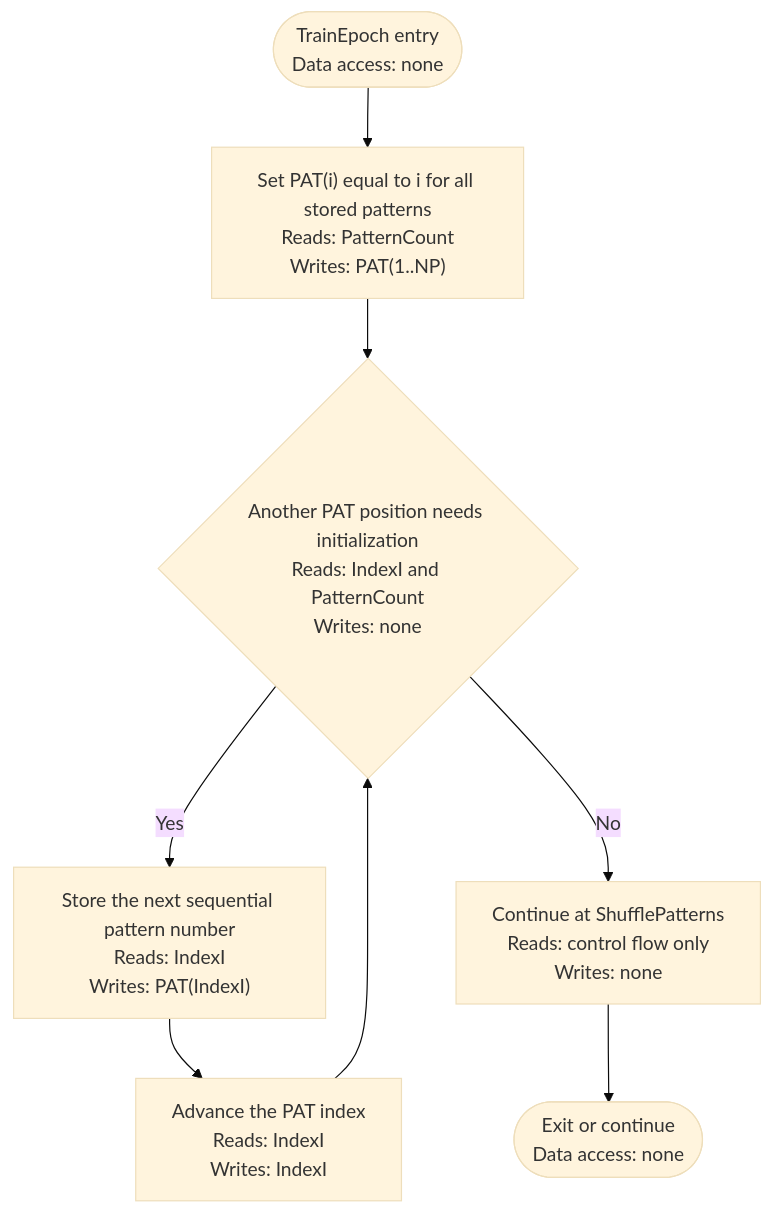
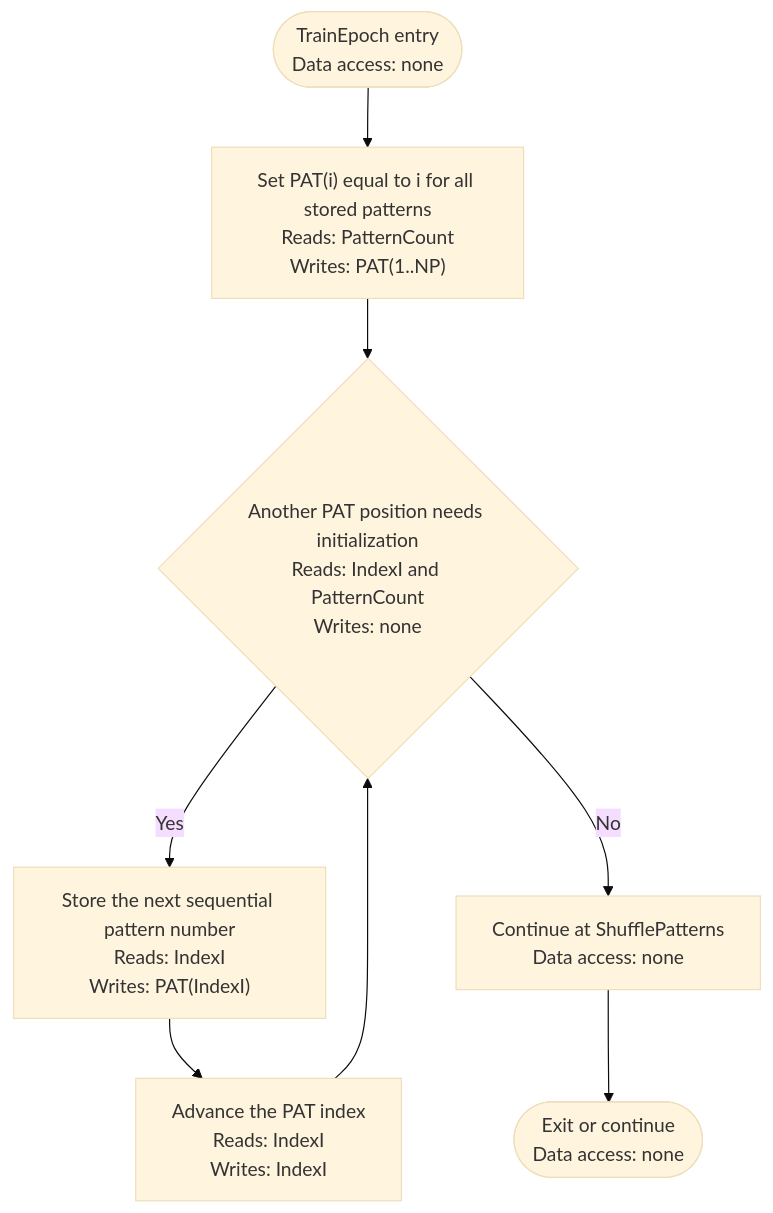
Diagram 25 of 44 in docs/Diagrams/CL-ML-Activity-Diagrams.md (sharpninja/NeuralNetworks), drawn with Mermaid (base theme) before and after one commit. The commit also changed other lines of this file and 10 other files, not shown here.

````diff
--- a/docs/Diagrams/CL-ML-Activity-Diagrams.md
+++ b/docs/Diagrams/CL-ML-Activity-Diagrams.md
@@ -575,10 +607,10 @@
 ```mermaid
 flowchart TD
     A(["TrainEpoch entry<br/>Data access: none"]) --> B["Set PAT(i) equal to i for all stored patterns<br/>Reads: PatternCount<br/>Writes: PAT(1..NP)"]
     B --> C{"Another PAT position needs initialization<br/>Reads: IndexI and PatternCount<br/>Writes: none"}
     C -- Yes --> D["Store the next sequential pattern number<br/>Reads: IndexI<br/>Writes: PAT(IndexI)"]
     D --> E["Advance the PAT index<br/>Reads: IndexI<br/>Writes: IndexI"]
     E --> C
-    C -- No --> F["Continue at ShufflePatterns<br/>Reads: control flow only<br/>Writes: none"]
+    C -- No --> F["Continue at ShufflePatterns<br/>Data access: none"]
     F --> Z(["Exit or continue<br/>Data access: none"])
 ```
````
